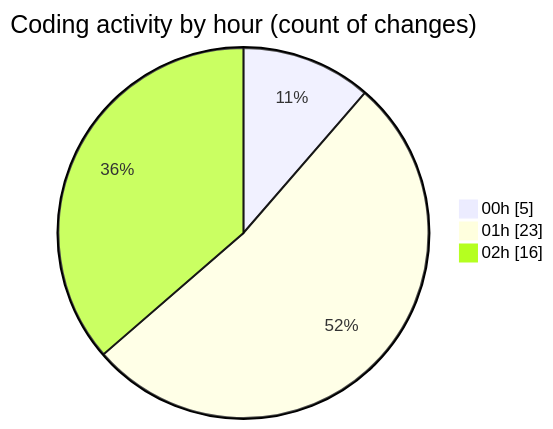
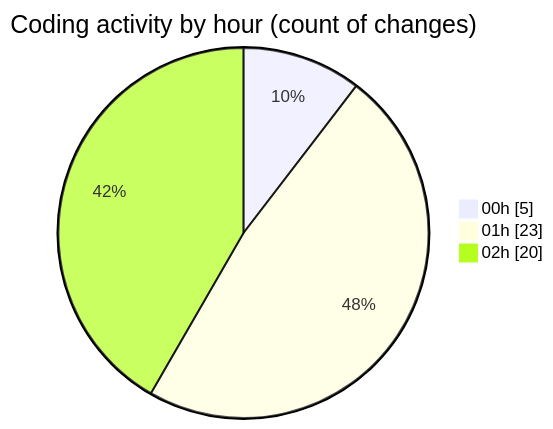
Before and after one commit to julien-gomy/code-tracking: the second of 2 diagrams in 2025-11-06/usr_aleoudev_fr__workspace_/README.md, drawn with Mermaid. The commit also changed other lines of this file and 1 other file, not shown here.

````diff
--- a/2025-11-06/usr_aleoudev_fr__workspace_/README.md
+++ b/2025-11-06/usr_aleoudev_fr__workspace_/README.md
@@ -33,7 +33,7 @@
 ```mermaid
 pie showData
 title Coding activity by hour (count of changes)
 "00h" : 5
 "01h" : 23
-"02h" : 16
+"02h" : 20
 ```
````
